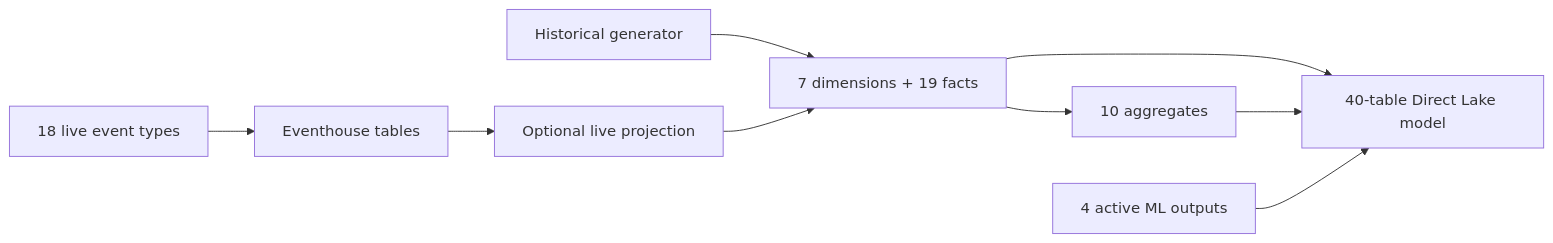
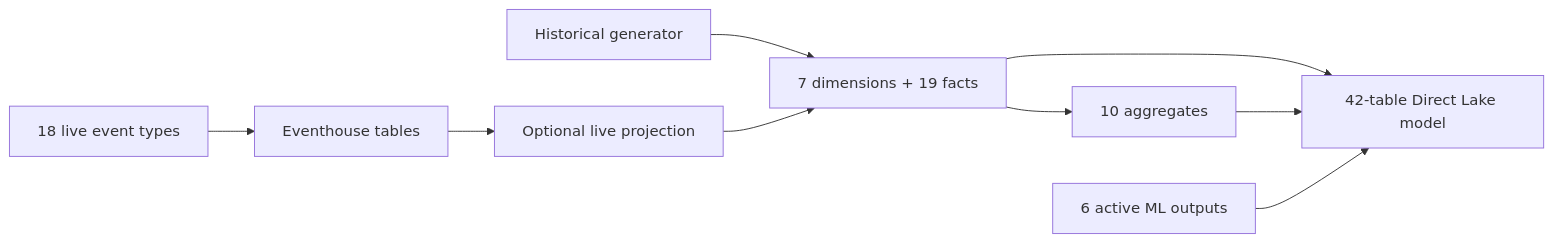
Before and after one commit to amattas/retail-demo: the diagram in docs/design/architecture/data-schema.md, drawn with Mermaid. The commit also changed other lines of this file and 34 other files, not shown here.

````diff
--- a/docs/design/architecture/data-schema.md
+++ b/docs/design/architecture/data-schema.md
@@ -94,11 +94,11 @@
 ```mermaid
 flowchart LR
     Events[18 live event types] --> KQL[Eventhouse tables]
     KQL --> Projection[Optional live projection]
     Generation[Historical generator] --> Silver[7 dimensions + 19 facts]
     Projection --> Silver
     Silver --> Gold[10 aggregates]
-    Silver --> Model[40-table Direct Lake model]
+    Silver --> Model[42-table Direct Lake model]
     Gold --> Model
-    ML[4 active ML outputs] --> Model
+    ML[6 active ML outputs] --> Model
 ```
````
